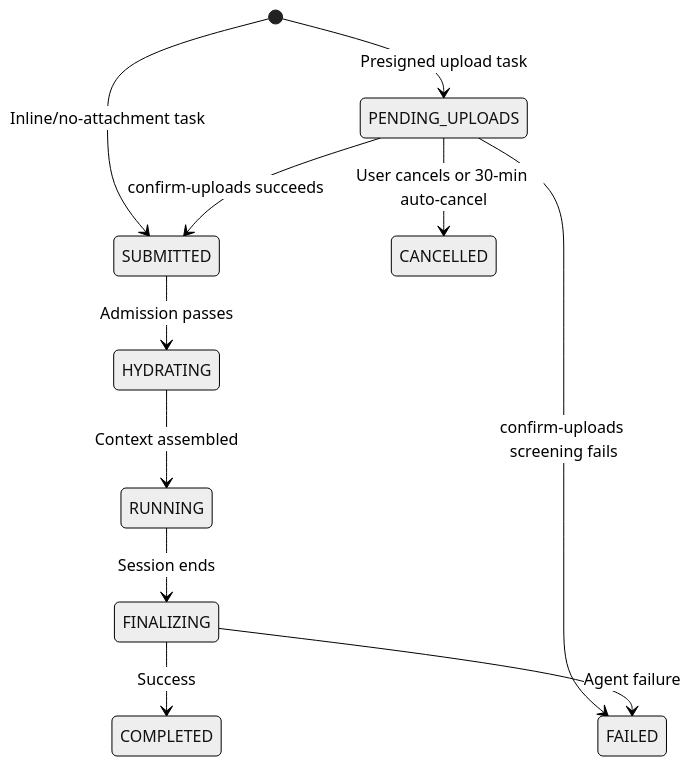
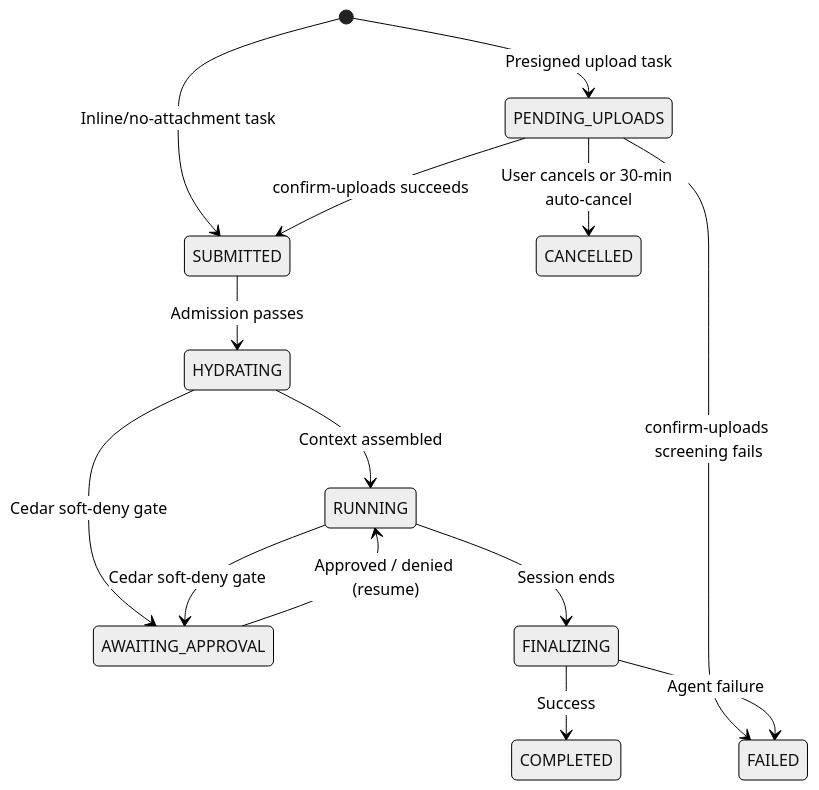
One commit to aws-samples/sample-autonomous-cloud-coding-agents changed the sixth of 6 diagrams in docs/design/ATTACHMENTS.md. Above: the diagram before and after it, drawn with Mermaid (neutral theme). The commit also changed other lines of this file and 11 other files, not shown here.

````diff
--- a/docs/design/ATTACHMENTS.md
+++ b/docs/design/ATTACHMENTS.md
@@ -1310,13 +1310,16 @@
 ```mermaid
 stateDiagram-v2
     [*] --> PENDING_UPLOADS : Presigned upload task
     [*] --> SUBMITTED : Inline/no-attachment task
     PENDING_UPLOADS --> SUBMITTED : confirm-uploads succeeds
     PENDING_UPLOADS --> FAILED : confirm-uploads screening fails
     PENDING_UPLOADS --> CANCELLED : User cancels or 30-min auto-cancel
     SUBMITTED --> HYDRATING : Admission passes
     HYDRATING --> RUNNING : Context assembled
+    HYDRATING --> AWAITING_APPROVAL : Cedar soft-deny gate
+    RUNNING --> AWAITING_APPROVAL : Cedar soft-deny gate
+    AWAITING_APPROVAL --> RUNNING : Approved / denied (resume)
     RUNNING --> FINALIZING : Session ends
     FINALIZING --> COMPLETED : Success
     FINALIZING --> FAILED : Agent failure
 ```
````
